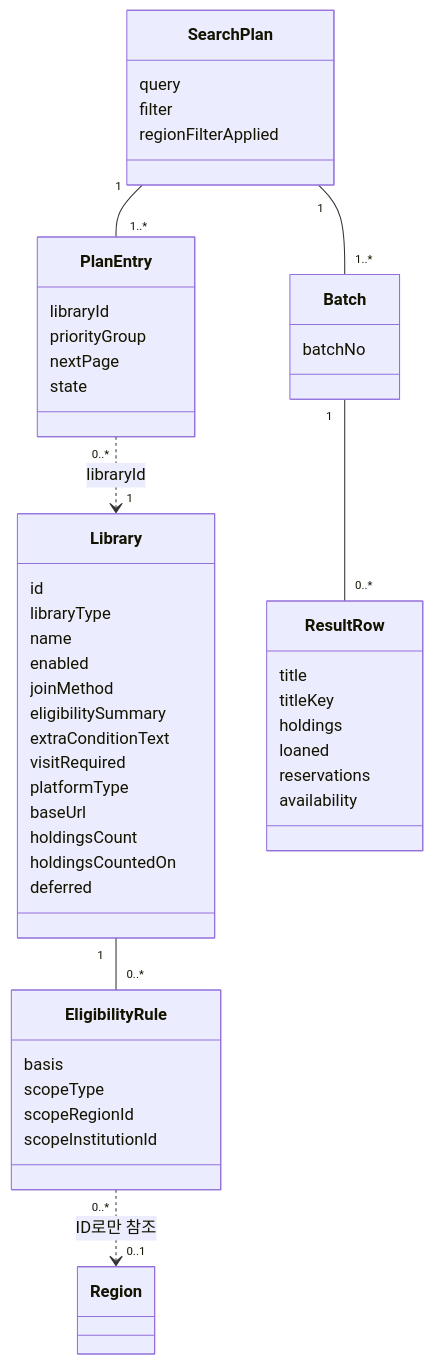
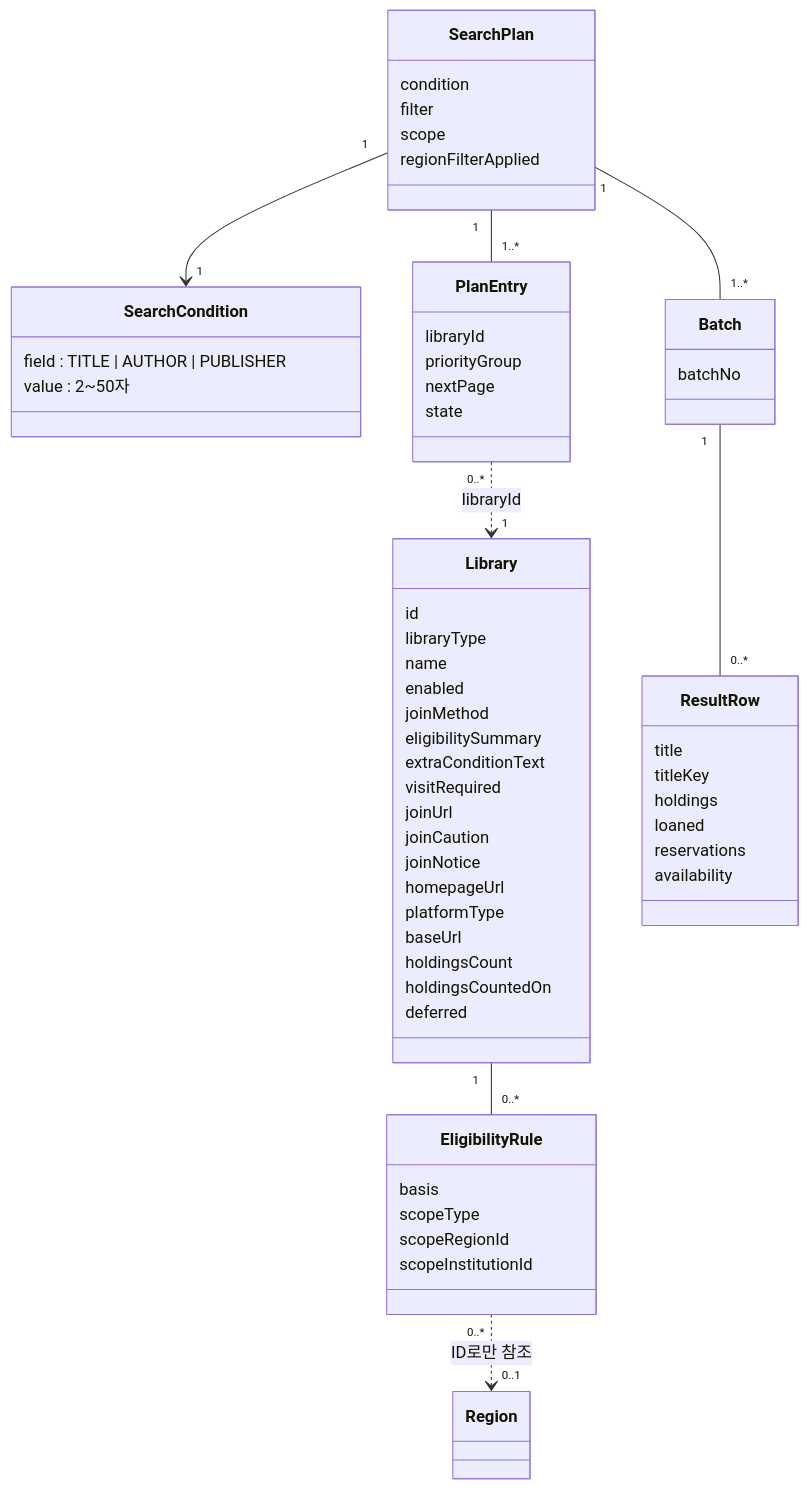
One commit to hodu-sketch/chaekcheck-plan changed the second of 2 diagrams in docs/current/module-map.md. Above: the diagram before and after it, drawn with Mermaid. The commit also changed other lines of this file and 20 other files, not shown here.

````diff
--- a/docs/current/module-map.md
+++ b/docs/current/module-map.md
@@ -42,52 +44,62 @@
 ```mermaid
 classDiagram
   class Library {
     id
     libraryType
     name
     enabled
     joinMethod
     eligibilitySummary
     extraConditionText
     visitRequired
+    joinUrl
+    joinCaution
+    joinNotice
+    homepageUrl
     platformType
     baseUrl
     holdingsCount
     holdingsCountedOn
     deferred
   }
   class EligibilityRule {
     basis
     scopeType
     scopeRegionId
     scopeInstitutionId
   }
   class SearchPlan {
-    query
+    condition
     filter
+    scope
     regionFilterApplied
+  }
+  class SearchCondition {
+    field : TITLE | AUTHOR | PUBLISHER
+    value : 2~50자
   }
   class PlanEntry {
     libraryId
     priorityGroup
     nextPage
     state
   }
   class Batch {
     batchNo
   }
   class ResultRow {
     title
     titleKey
     holdings
     loaned
     reservations
     availability
   }
   Library "1" -- "0..*" EligibilityRule
   EligibilityRule "0..*" ..> "0..1" Region : ID로만 참조
+  SearchPlan "1" --> "1" SearchCondition
   SearchPlan "1" -- "1..*" PlanEntry
   PlanEntry "0..*" ..> "1" Library : libraryId
   SearchPlan "1" -- "1..*" Batch
   Batch "1" -- "0..*" ResultRow
 ```
````
